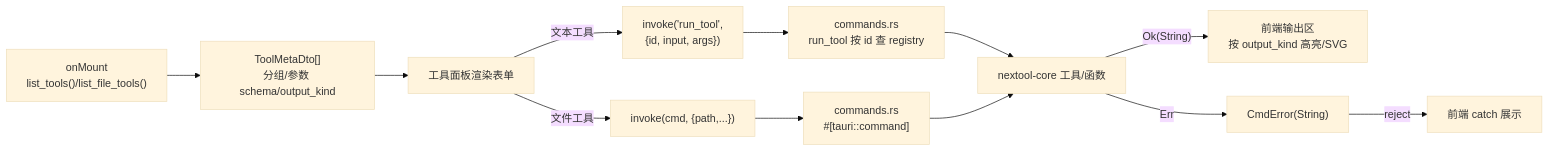
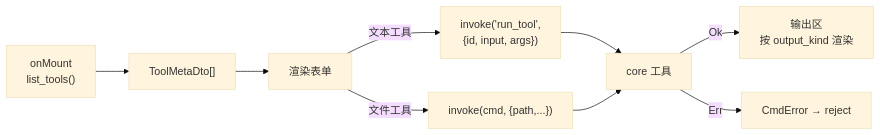
One commit to int2t05/NexToolkit changed the second of 8 diagrams in docs/flow.md. Above: the diagram before and after it, drawn with Mermaid (base theme). The commit also changed other lines of this file and 5 other files, not shown here.

First line of the commit message:
docs: 全量重构——prd/tech/api/flow/todo + README,mermaid 为主,简洁成熟

````diff
--- a/docs/flow.md
+++ b/docs/flow.md
@@ -20,14 +20,11 @@
 ```mermaid
 flowchart LR
-  MOUNT["onMount<br/>list_tools()/list_file_tools()"] --> META["ToolMetaDto[]<br/>分组/参数 schema/output_kind"]
-  META --> UI["工具面板渲染表单"]
+  MOUNT["onMount<br/>list_tools()"] --> META["ToolMetaDto[]"]
+  META --> UI["渲染表单"]
   UI -->|"文本工具"| RT["invoke('run_tool',<br/>{id, input, args})"]
   UI -->|"文件工具"| FC["invoke(cmd, {path,...})"]
-  RT --> CMD["commands.rs<br/>run_tool 按 id 查 registry"]
-  FC --> CMD2["commands.rs<br/>#[tauri::command]"]
-  CMD --> CORE["nextool-core 工具/函数"]
-  CMD2 --> CORE
-  CORE -->|"Ok(String)"| RESP["前端输出区<br/>按 output_kind 高亮/SVG"]
-  CORE -->|"Err"| CE["CmdError(String)"]
-  CE -->|"reject"| CATCH["前端 catch 展示"]
+  RT --> CORE["core 工具"]
+  FC --> CORE
+  CORE -->|"Ok"| OUT["输出区<br/>按 output_kind 渲染"]
+  CORE -->|"Err"| CE["CmdError → reject"]
 ```
````
